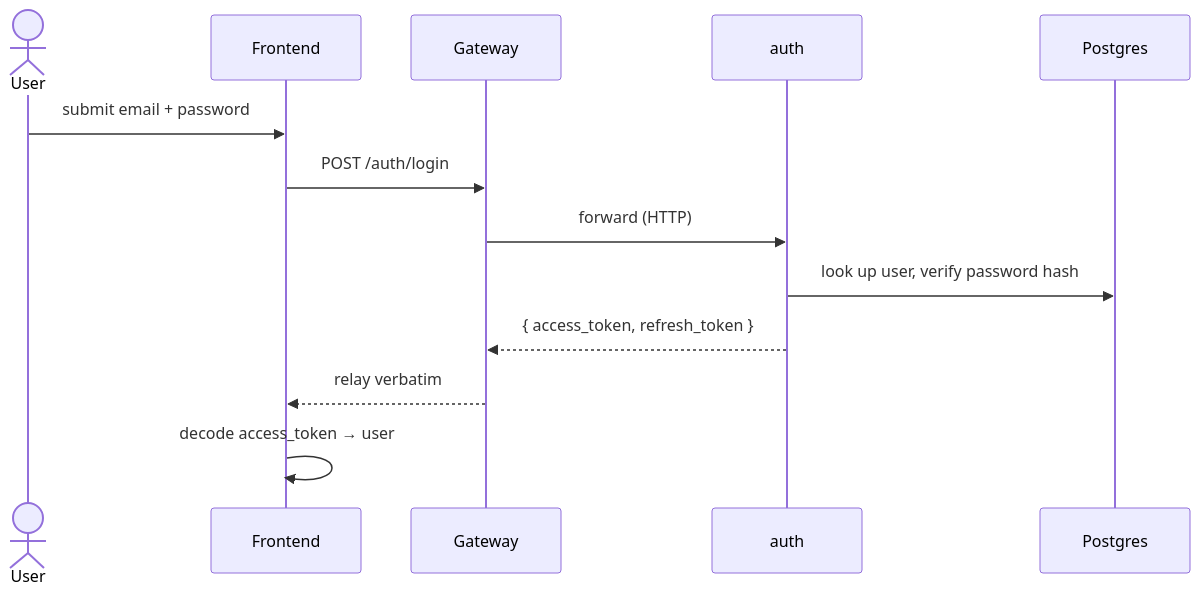
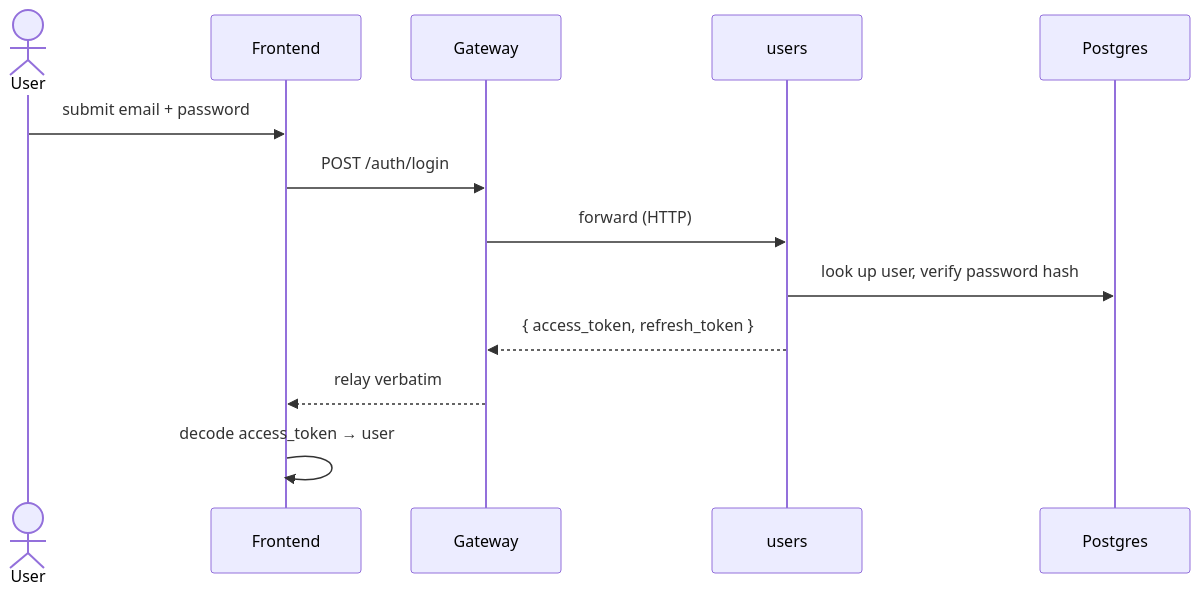
The second of 4 diagrams in docs/specs/architecture.md (LidorElmakaies/personal-copilot), drawn with Mermaid before and after one commit. The commit also changed other lines of this file and 26 other files, not shown here.

````diff
--- a/docs/specs/architecture.md
+++ b/docs/specs/architecture.md
@@ -112,16 +116,16 @@
 ```mermaid
 sequenceDiagram
     actor User
     participant Frontend
     participant Gateway
-    participant Auth as auth
+    participant Users as users
     participant DB as Postgres
 
     User->>Frontend: submit email + password
     Frontend->>Gateway: POST /auth/login
-    Gateway->>Auth: forward (HTTP)
-    Auth->>DB: look up user, verify password hash
-    Auth-->>Gateway: { access_token, refresh_token }
+    Gateway->>Users: forward (HTTP)
+    Users->>DB: look up user, verify password hash
+    Users-->>Gateway: { access_token, refresh_token }
     Gateway-->>Frontend: relay verbatim
     Frontend->>Frontend: decode access_token → user
 ```
````
